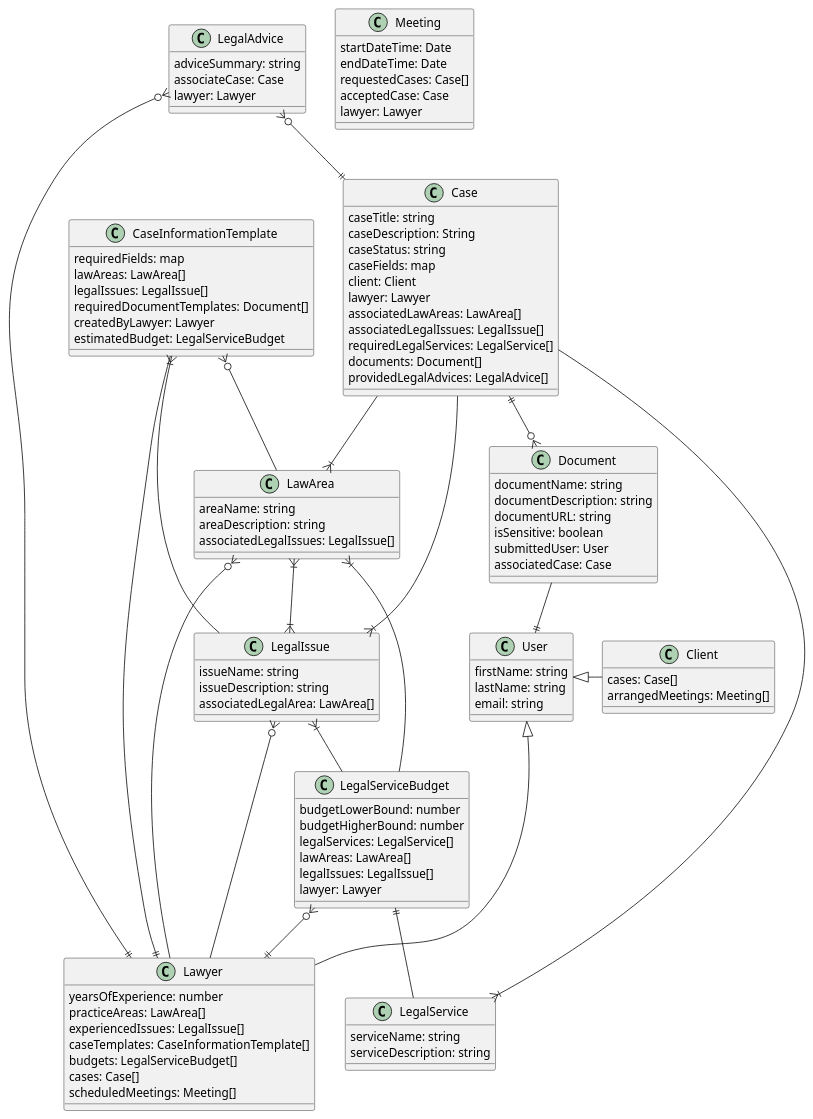
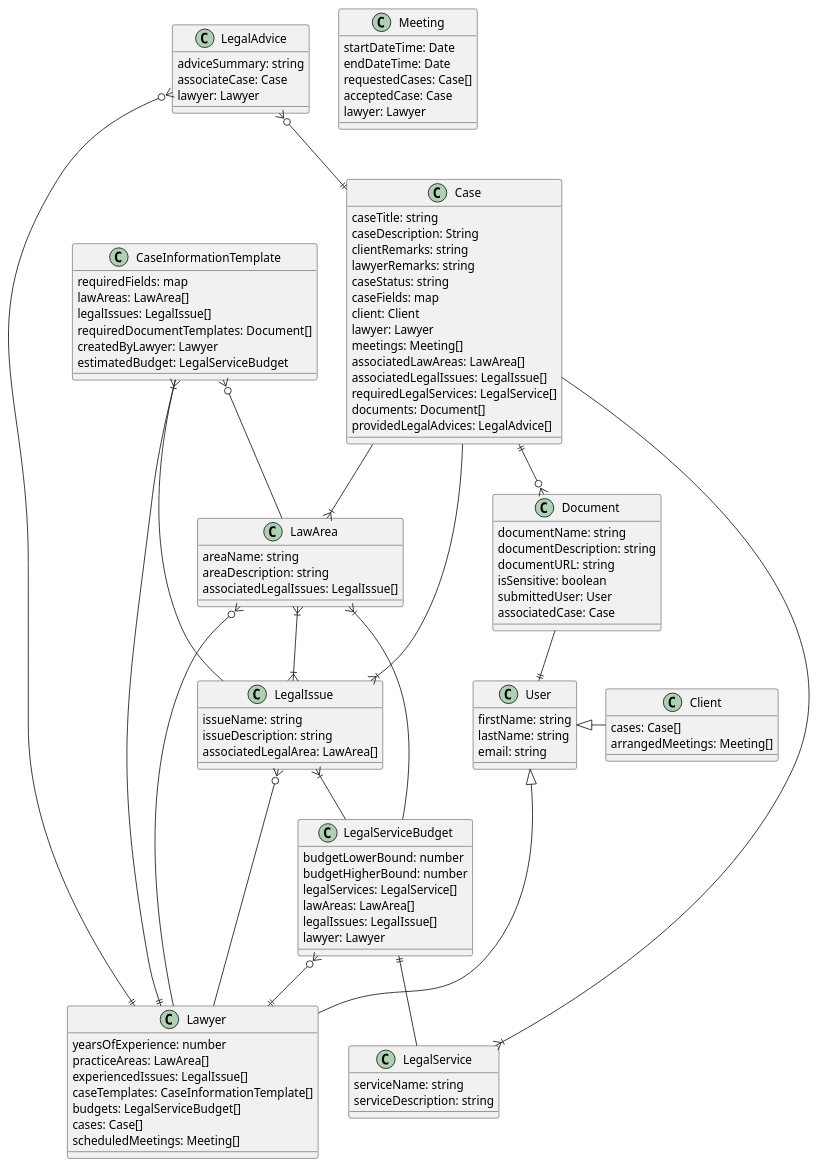
Before and after one commit to lxin42140/justice-ligue: the diagram in documentation/class-diagram.puml, drawn with PlantUML. The commit also changed 20 other files, not shown here.

```diff
--- a/documentation/class-diagram.puml
+++ b/documentation/class-diagram.puml
@@ -1,124 +1,127 @@
 @startuml
 
 class LawArea {
     areaName: string
     areaDescription: string
     associatedLegalIssues: LegalIssue[]
 }
 
 class LegalIssue {
     issueName: string
     issueDescription: string
     associatedLegalArea: LawArea[]
 }
 
 class LegalService {
     serviceName: string
     serviceDescription: string
 }
 
 class LegalServiceBudget {
     budgetLowerBound: number
     budgetHigherBound: number
     legalServices: LegalService[]
     lawAreas: LawArea[]
     legalIssues: LegalIssue[]
     lawyer: Lawyer
 }
 
 class CaseInformationTemplate {
     requiredFields: map
     lawAreas: LawArea[]
     legalIssues: LegalIssue[]
     requiredDocumentTemplates: Document[]
     createdByLawyer: Lawyer
     estimatedBudget: LegalServiceBudget
 }
 
 class Document {
     documentName: string
     documentDescription: string
     documentURL: string
     isSensitive: boolean
     submittedUser: User
     associatedCase: Case
 }
 
 class Case {
     caseTitle: string
     caseDescription: String
+    clientRemarks: string
+    lawyerRemarks: string
     caseStatus: string
     caseFields: map
     client: Client
     lawyer: Lawyer
+    meetings: Meeting[]
     associatedLawAreas: LawArea[]
     associatedLegalIssues: LegalIssue[]
     requiredLegalServices: LegalService[]
     documents: Document[]
     providedLegalAdvices: LegalAdvice[]
 }
 
 class LegalAdvice {
     adviceSummary: string
     associateCase: Case
     lawyer: Lawyer
 }
 
 class User {
     firstName: string
     lastName: string
     email: string
 }
 
 class Client {
     cases: Case[]
     arrangedMeetings: Meeting[]
 }
 
 class Lawyer {
     yearsOfExperience: number
     practiceAreas: LawArea[]
     experiencedIssues: LegalIssue[]
     caseTemplates: CaseInformationTemplate[]
     budgets: LegalServiceBudget[]
     cases: Case[]
     scheduledMeetings: Meeting[]
 }
 
 class Meeting {
     startDateTime: Date
     endDateTime: Date
     requestedCases: Case[]
     acceptedCase: Case
     lawyer: Lawyer
 }
 
 
 User <|- Client
 User <|- Lawyer
 
 LawArea }|--|{ LegalIssue
 LawArea }o-- Lawyer
 
 LegalIssue }o-- Lawyer
 
 CaseInformationTemplate }|-- LegalIssue
 CaseInformationTemplate }o-- LawArea
 CaseInformationTemplate --|| Lawyer
 
 LegalServiceBudget ||-- LegalService
 LawArea }|-- LegalServiceBudget
 LegalIssue }|-- LegalServiceBudget
 LegalServiceBudget }o--|| Lawyer
 
 Document --|| User
 Case ||--o{ Document
 
 LegalAdvice }o--|| Lawyer
 LegalAdvice }o--|| Case
 
 Case --|{ LawArea
 Case --|{ LegalIssue
 Case --|{ LegalService
 
 @enduml
```
